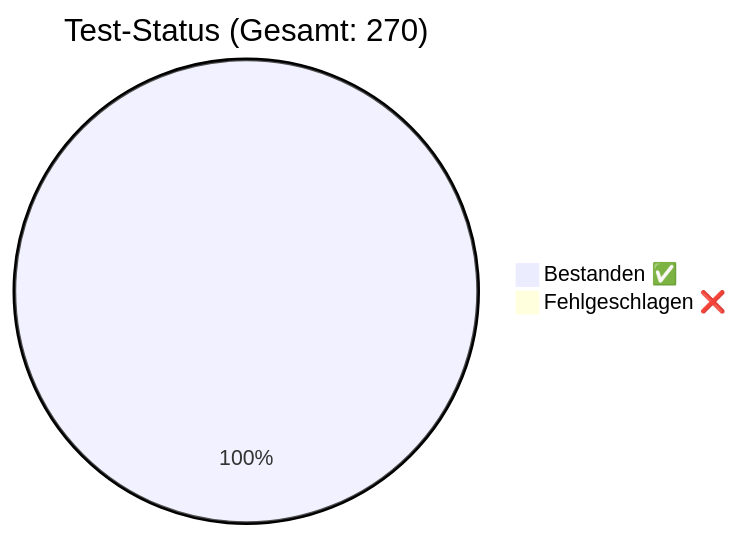
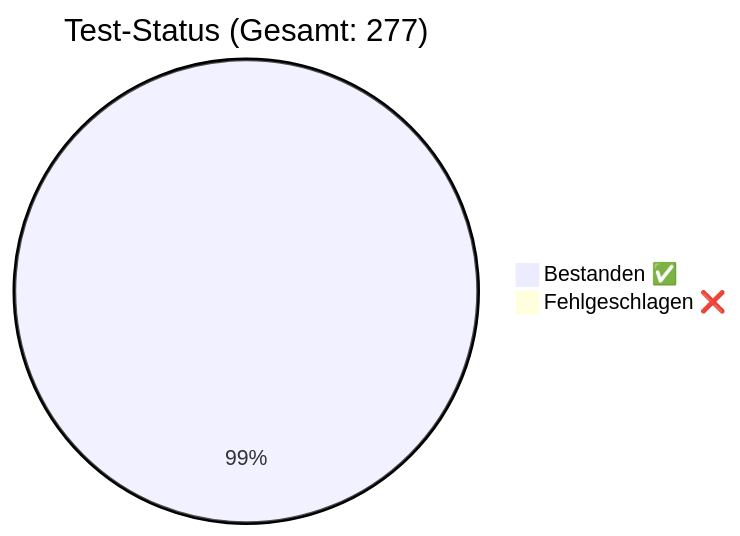
The diagram in docs/QA_Report.md (rorila/GCS), drawn with Mermaid before and after one commit. The commit also changed other lines of this file and 6 other files, not shown here.

````diff
--- a/docs/QA_Report.md
+++ b/docs/QA_Report.md
@@ -8,5 +8,5 @@
 ```mermaid
-pie title Test-Status (Gesamt: 270)
-    "Bestanden ✅" : 270
-    "Fehlgeschlagen ❌" : 0
+pie title Test-Status (Gesamt: 277)
+    "Bestanden ✅" : 275
+    "Fehlgeschlagen ❌" : 2
 ```
````
